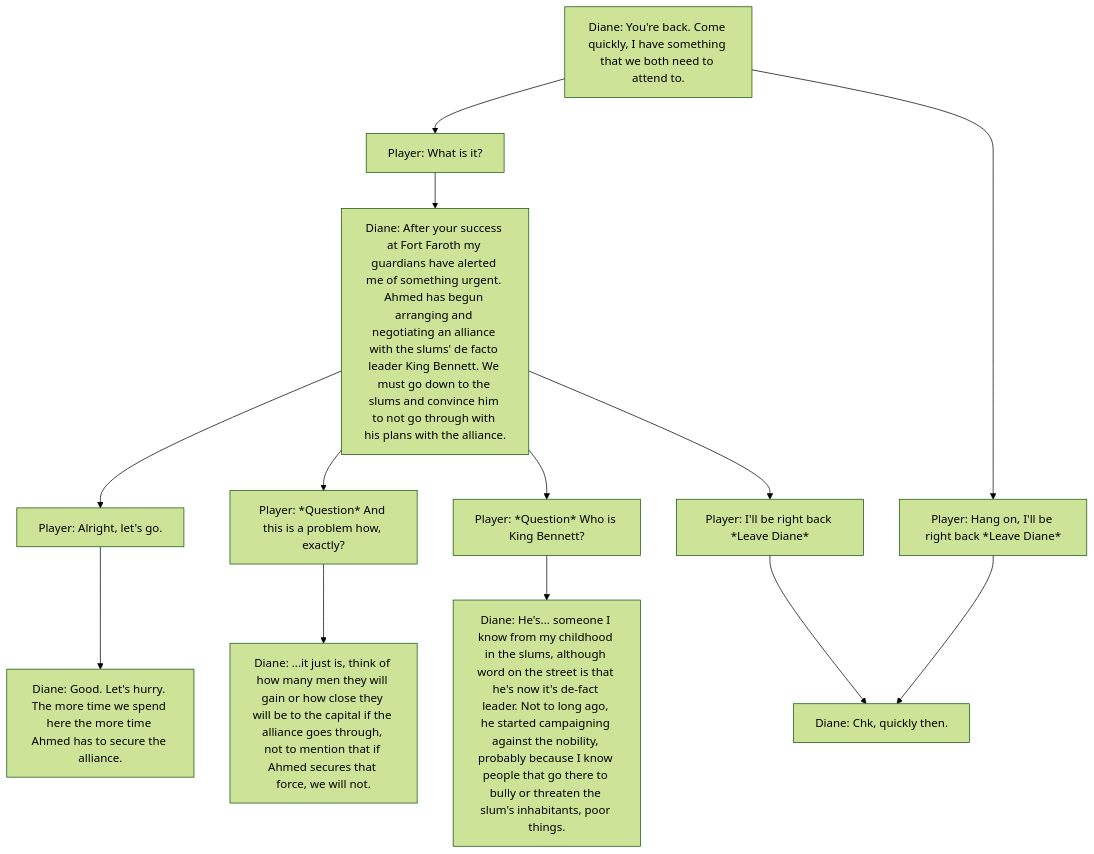
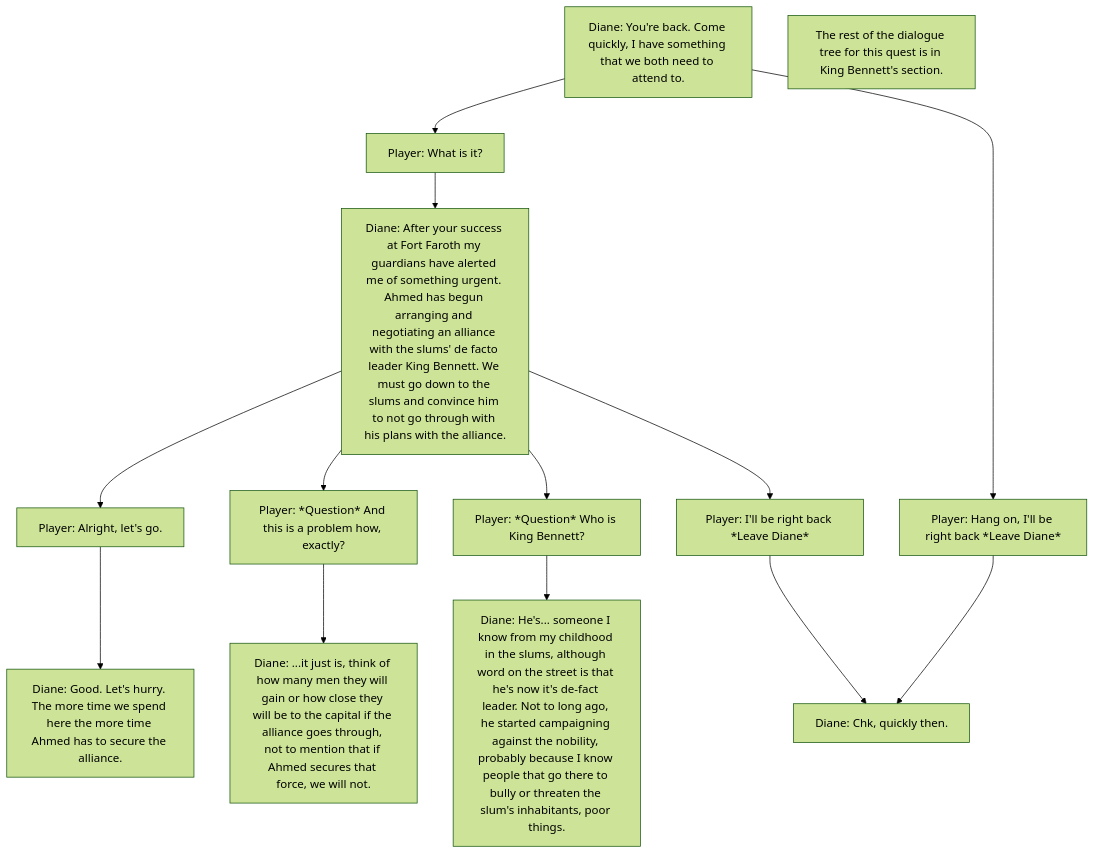
One commit to padillaryl/cc3-rpg-DialogueTree changed the diagram in Diane7.md. Above: the diagram before and after it, drawn with Mermaid (forest theme).

````diff
--- a/Diane7.md
+++ b/Diane7.md
@@ -1,11 +1,13 @@
 ```mermaid
 flowchart TD
   INTRO[Diane: You're back. Come quickly, I have something that we both need to attend to.] --> INTROA[Player: What is it?] & INTROB[Player: Hang on, I'll be right back *Leave Diane*]
   INTROA --> INTRO2[Diane: After your success at Fort Faroth my guardians have alerted me of something urgent. Ahmed has begun arranging and negotiating an alliance with the slums' de facto leader King Bennett. We must go down to the slums and convince him to not go through with his plans with the alliance.] --> INTRO2A[Player: Alright, let's go.] & INTRO2B[Player: *Question* And this is a problem how, exactly?] & INTRO2C[Player: *Question* Who is King Bennett?] & INTRO2D[Player: I'll be right back *Leave Diane*]
   INTRO2B--> INTRO2BANS[Diane: ...it just is, think of how many men they will gain or how close they will be to the capital if the alliance goes through, not to mention that if Ahmed secures that force, we will not.]
   INTRO2C --> INTRO2CANS[Diane: He's... someone I know from my childhood in the slums, although word on the street is that he's now it's de-fact leader. Not to long ago, he started campaigning against the nobility, probably because I know people that go there to bully or threaten the slum's inhabitants, poor things.]
   INTRO2A --> INTRO3[Diane: Good. Let's hurry. The more time we spend here the more time Ahmed has to secure the alliance.]
 
   INTROB & INTRO2D --> GOODBYE[Diane: Chk, quickly then.]
+
+  POINTER[The rest of the dialogue tree for this quest is in King Bennett's section.]
   
 ```
````
